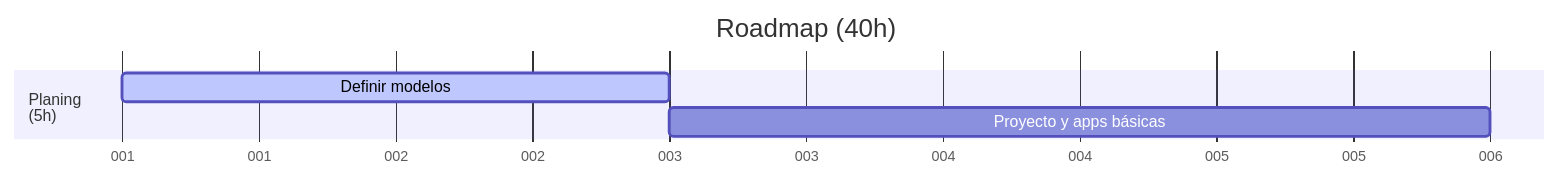
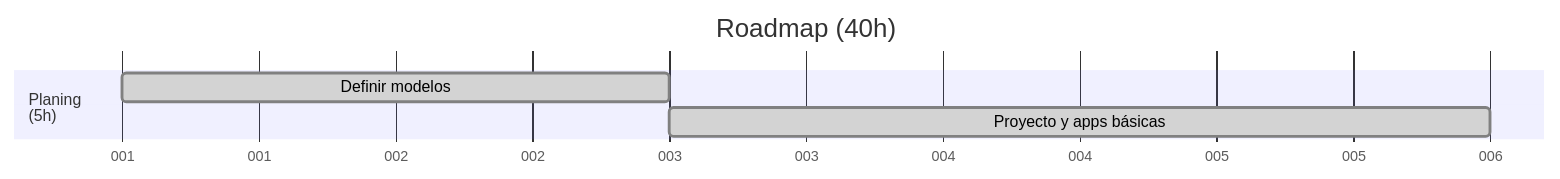
The first of 9 diagrams in .info/roadmap.md (Covija97/BadenTracker), drawn with Mermaid before and after one commit. The commit also changed other lines of this file, not shown here.

````diff
--- a/.info/roadmap.md
+++ b/.info/roadmap.md
@@ -12,10 +12,10 @@
 ```mermaid
 gantt
     title Roadmap (40h)
     dateFormat  DDD
     axisFormat %j
 
     section Planing<br>(5h)
-    Definir modelos             :active, 01-01, 2d
-    Proyecto y apps básicas     : 01-03, 3d
+    Definir modelos             :done, 01-01, 2d
+    Proyecto y apps básicas     :done, 01-03, 3d
 ```
````
